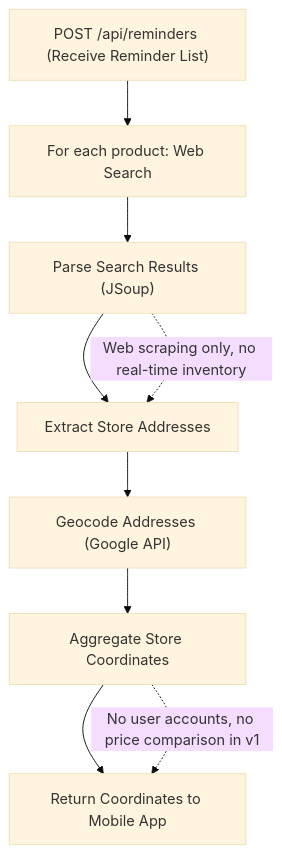
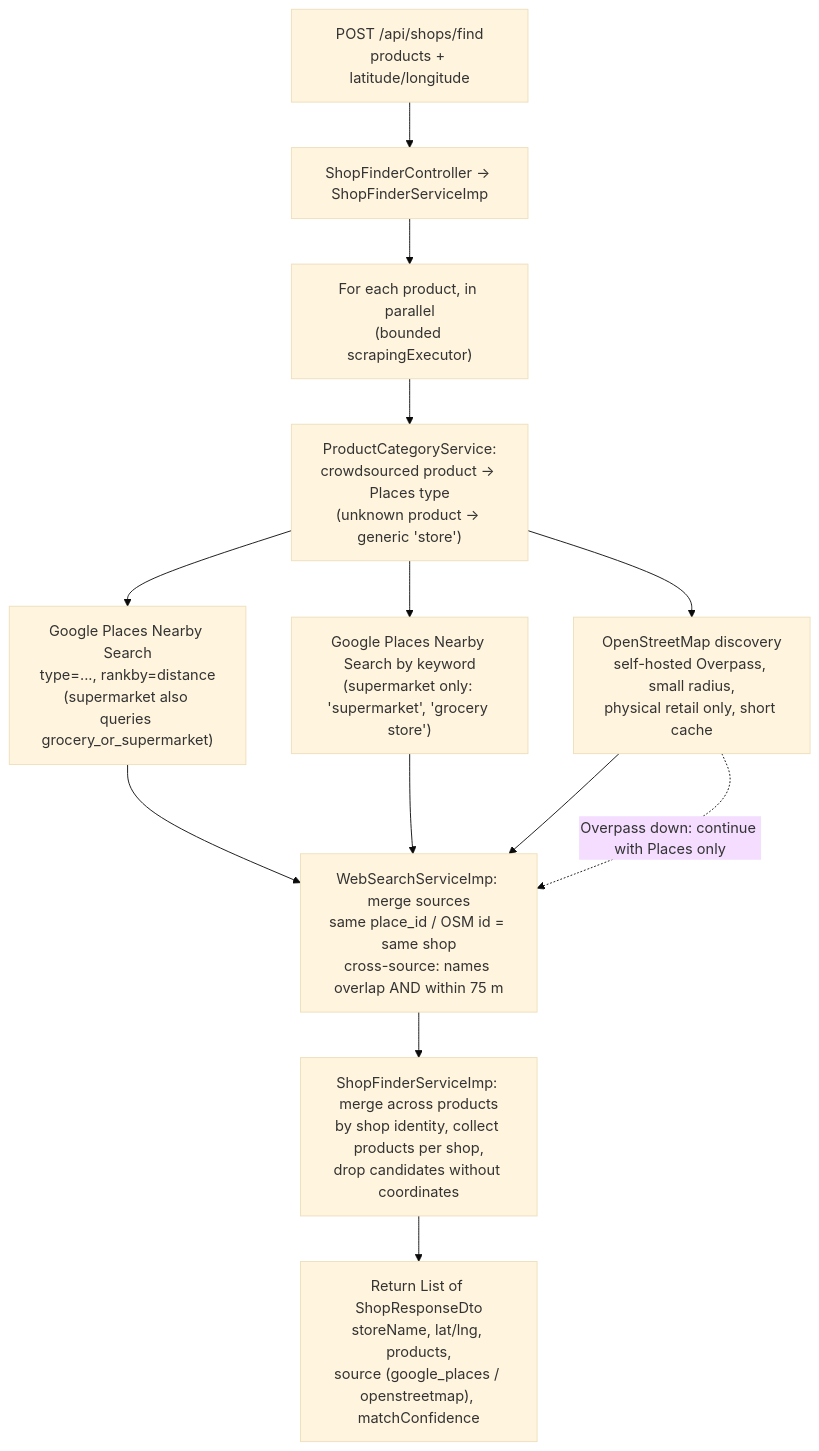
One commit to razvanexu/BuyBeacon changed the diagram in Diagrams/backend_flowchart.mmd. Above: the diagram before and after it, drawn with Mermaid (base theme). The commit also changed 11 other files, not shown here.

First line of the commit message:
docs: redraw diagrams for current architecture

```diff
--- a/Diagrams/backend_flowchart.mmd
+++ b/Diagrams/backend_flowchart.mmd
@@ -1,19 +1,22 @@
 flowchart TD
-    A["POST /api/reminders (Receive Reminder List)"]
-    B["For each product: Web Search"]
-    C["Parse Search Results (JSoup)"]
-    D["Extract Store Addresses"]
-    E["Geocode Addresses (Google API)"]
-    F["Aggregate Store Coordinates"]
-    G["Return Coordinates to Mobile App"]
+    A["POST /api/shops/find<br/>products + latitude/longitude"]
+    B["ShopFinderController -> ShopFinderServiceImp"]
+    C["For each product, in parallel<br/>(bounded scrapingExecutor)"]
+    D["ProductCategoryService:<br/>crowdsourced product -> Places type<br/>(unknown product -> generic 'store')"]
+    E["Google Places Nearby Search<br/>type=..., rankby=distance<br/>(supermarket also queries grocery_or_supermarket)"]
+    F["Google Places Nearby Search by keyword<br/>(supermarket only: 'supermarket', 'grocery store')"]
+    G["OpenStreetMap discovery<br/>self-hosted Overpass, small radius,<br/>physical retail only, short cache"]
+    H["WebSearchServiceImp: merge sources<br/>same place_id / OSM id = same shop<br/>cross-source: names overlap AND within 75 m"]
+    I["ShopFinderServiceImp: merge across products<br/>by shop identity, collect products per shop,<br/>drop candidates without coordinates"]
+    J["Return List of ShopResponseDto<br/>storeName, lat/lng, products,<br/>source (google_places / openstreetmap), matchConfidence"]
 
-    A --> B
-    B --> C
-    C --> D
+    A --> B --> C --> D
     D --> E
-    E --> F
-    F --> G
+    D --> F
+    D --> G
+    E --> H
+    F --> H
+    G --> H
+    H --> I --> J
 
-    %% Notes
-    C -.->|"Web scraping only, no real-time inventory"| D
-    F -.->|"No user accounts, no price comparison in v1"| G 
+    G -.->|"Overpass down: continue with Places only"| H
```
